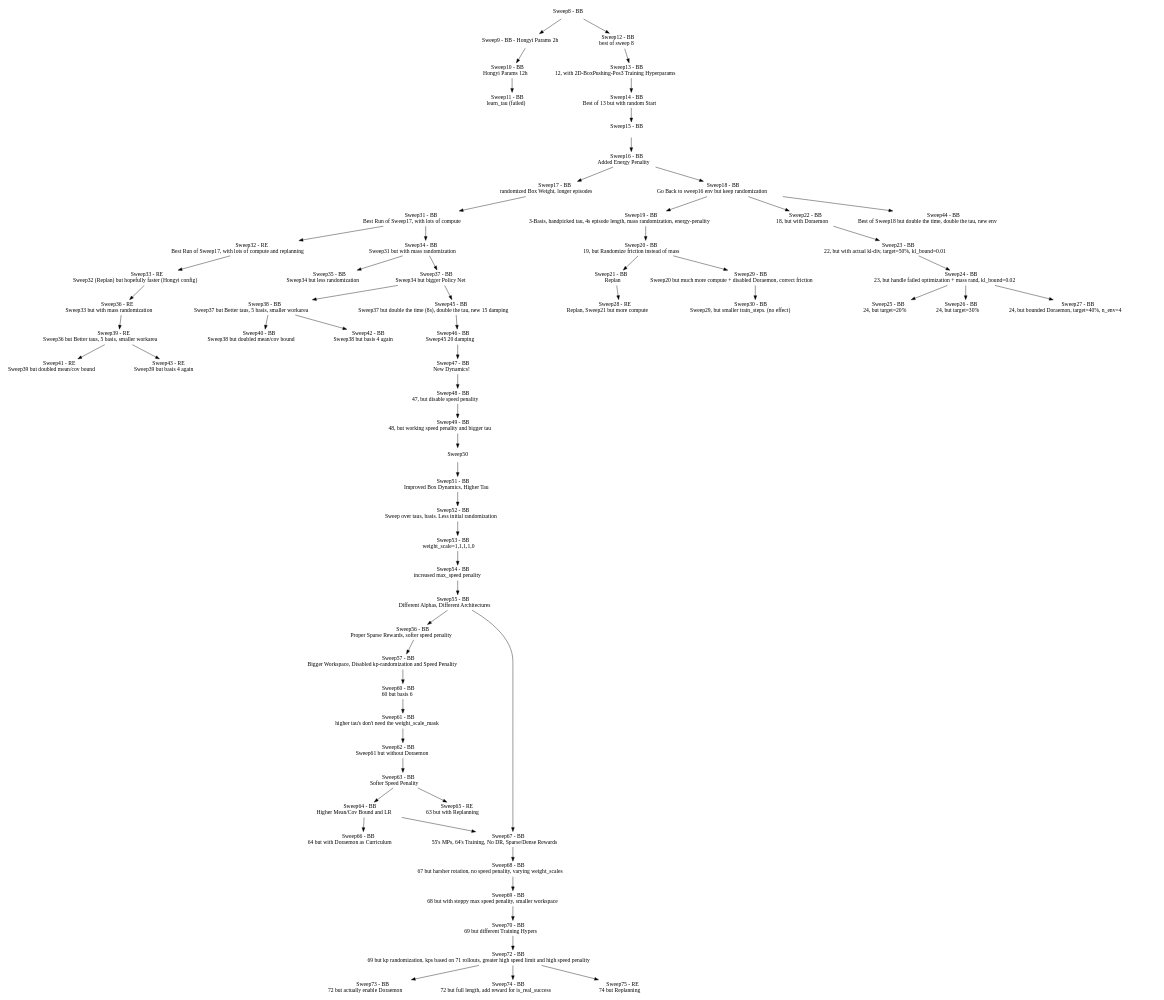
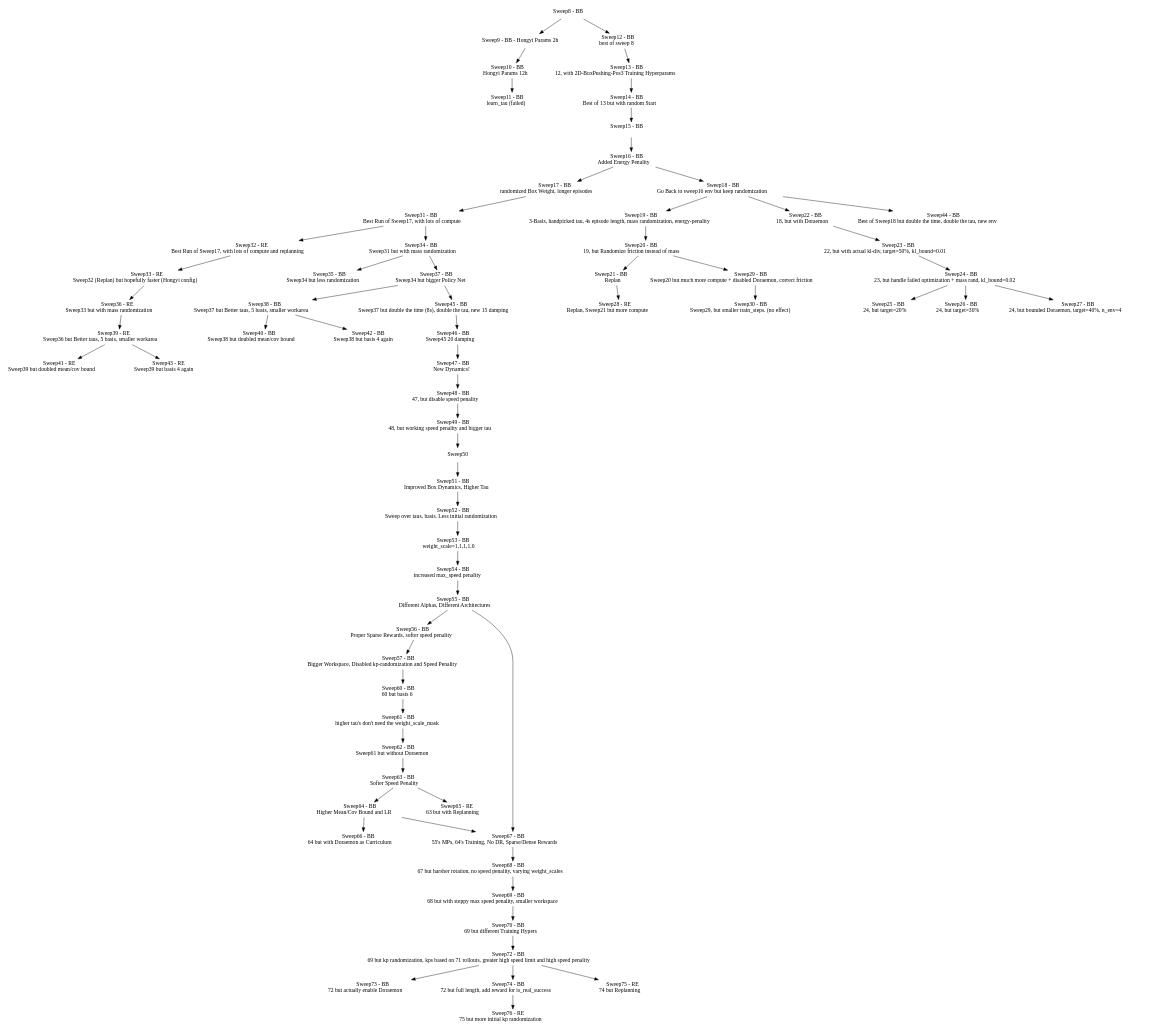
One commit to maxmunzel/fancy_gym changed the diagram in sweeps.dot. Above: the diagram before and after it, drawn with Graphviz. The commit also changed 1 other file, not shown here.

Commit message:
Sweep76 - 74 but higher initial kp randomization

```diff
--- a/sweeps.dot
+++ b/sweeps.dot
@@ -1,135 +1,137 @@
 digraph Sweeps {
     // Nodes
     node [shape=plaintext]
     "Sweep8"  [label=<Sweep8 - BB>];
     "Sweep9"  [label=<Sweep9 - BB - Hongyi Params 2h>];
     "Sweep10" [label=<Sweep10 - BB <BR/> Hongyi Params 12h>];
     "Sweep11" [label=<Sweep11 - BB <BR/> learn_tau (failed)>];
     "Sweep12" [label=<Sweep12 - BB <BR/> best of sweep 8>];
     "Sweep13" [label=<Sweep13 - BB <BR/> 12, with 2D-BoxPushing-Pos3 Training Hyperparams>];
     "Sweep14" [label=<Sweep14 - BB <BR/> Best of 13 but with random Start>];
     "Sweep15" [label=<Sweep15 - BB <BR/> >];
     "Sweep16" [label=<Sweep16 - BB <BR/> Added Energy Penality>];
     "Sweep17" [label=<Sweep17 - BB <BR/> randomized Box Weight, longer episodes>];
     "Sweep18" [label=<Sweep18 - BB <BR/> Go Back to sweep16 env but keep randomization>];
     "Sweep19" [label=<Sweep19 - BB <BR/> 3-Basis, handpicked tau, 4s episode length, mass randomization, energy-penality>];
     "Sweep20" [label=<Sweep20 - BB <BR/> 19, but Randomize friction instead of mass>];
     "Sweep21" [label=<Sweep21 - BB <BR/> Replan>];
     "Sweep22" [label=<Sweep22 - BB <BR/> 18, but with Doraemon>];
     "Sweep23" [label=<Sweep23 - BB <BR/> 22, but with actual kl-div, target=50%, kl_bound=0.01>];
     "Sweep24" [label=<Sweep24 - BB <BR/> 23, but handle failed optimization + mass rand, kl_bound=0.02>];
     "Sweep25" [label=<Sweep25 - BB <BR/> 24, but target=20%>];
     "Sweep26" [label=<Sweep26 - BB <BR/> 24, but target=30%>];
     "Sweep27" [label=<Sweep27 - BB <BR/> 24, but bounded Doraemon, target=40%, n_env=4>];
     "Sweep28" [label=<Sweep28 - RE <BR/> Replan, Sweep21 but more compute>];
     "Sweep29" [label=<Sweep29 - BB <BR/> Sweep20 but much more compute + disabled Doraemon, correct friction>];
     "Sweep30" [label=<Sweep30 - BB <BR/> Sweep29, but smaller train_steps. (no effect)>];
     "Sweep31" [label=<Sweep31 - BB <BR/> Best Run of Sweep17, with lots of compute>];
     "Sweep32" [label=<Sweep32 - RE <BR/> Best Run of Sweep17, with lots of compute and replanning>];
     "Sweep33" [label=<Sweep33 - RE <BR/> Sweep32 (Replan) but hopefully faster (Hongyi config)>];
     "Sweep34" [label=<Sweep34 - BB <BR/> Sweep31 but with mass randomization>];
     "Sweep35" [label=<Sweep35 - BB <BR/> Sweep34 but less randomization>];
     "Sweep36" [label=<Sweep36 - RE <BR/> Sweep33 but with mass randomization>];
     "Sweep37" [label=<Sweep37 - BB <BR/> Sweep34 but bigger Policy Net>];
     "Sweep38" [label=<Sweep38 - BB <BR/> Sweep37 but Better taus, 5 basis, smaller workarea>];
     "Sweep39" [label=<Sweep39 - RE <BR/> Sweep36 but Better taus, 5 basis, smaller workarea>];
     "Sweep40" [label=<Sweep40 - BB <BR/> Sweep38 but doubled mean/cov bound>];
     "Sweep41" [label=<Sweep41 - RE <BR/> Sweep39 but doubled mean/cov bound>];
     "Sweep42" [label=<Sweep42 - BB <BR/> Sweep38 but basis 4 again>];
     "Sweep43" [label=<Sweep43 - RE <BR/> Sweep39 but basis 4 again>];
     "Sweep44" [label=<Sweep44 - BB <BR/> Best of Sweep18 but double the time, double the tau, new env>];
     "Sweep45" [label=<Sweep45 - BB <BR/> Sweep37 but double the time (8s), double the tau, new 15 damping>];
     "Sweep46" [label=<Sweep46 - BB <BR/> Sweep45 20 damping>];
     "Sweep47" [label=<Sweep47 - BB <BR/> New Dynamics! >];
     "Sweep48" [label=<Sweep48 - BB <BR/> 47, but disable speed penality  >];
     "Sweep49" [label=<Sweep49 - BB <BR/> 48, but working speed penality and bigger tau  >];
     "Sweep51" [label=<Sweep51 - BB <BR/> Improved Box Dynamics, Higher Tau>];
     "Sweep52" [label=<Sweep52 - BB <BR/> Sweep over taus, basis. Less initial randomization>];
     "Sweep53" [label=<Sweep53 - BB <BR/> weight_scale=1,1,1,1,0 >];
     "Sweep54" [label=<Sweep54 - BB <BR/> increased max_speed penality>];
     "Sweep55" [label=<Sweep55 - BB <BR/> Different Alphas, Different Architectures>];
     "Sweep56" [label=<Sweep56 - BB <BR/> Proper Sparse Rewards, softer speed penality>];
     "Sweep57" [label=<Sweep57 - BB <BR/> Bigger Workspace, Disabled kp-randomization and Speed Penality>];
     "Sweep60" [label=<Sweep60 - BB <BR/> 60 but basis 6>];
     "Sweep61" [label=<Sweep61 - BB <BR/> higher tau's don't need the weight_scale_mask>];
     "Sweep62" [label=<Sweep62 - BB <BR/> Sweep61 but without Doraemon>];
     "Sweep63" [label=<Sweep63 - BB <BR/> Softer Speed Penality >];
     "Sweep64" [label=<Sweep64 - BB <BR/> Higher Mean/Cov Bound and LR >];
     "Sweep65" [label=<Sweep65 - RE <BR/> 63 but with Replanning >];
     "Sweep66" [label=<Sweep66 - BB <BR/> 64 but with Doraemon as Curriculum >];
     "Sweep67" [label=<Sweep67 - BB <BR/> 55's MPs, 64's Training, No DR, Sparse/Dense Rewards >];
     "Sweep68" [label=<Sweep68 - BB <BR/> 67 but harsher rotation, no speed penality, varying weight_scales >];
     "Sweep69" [label=<Sweep69 - BB <BR/> 68 but with steppy max speed penality, smaller workspace >];
     "Sweep70" [label=<Sweep70 - BB <BR/> 69 but different Training Hypers >];
     "Sweep72" [label=<Sweep72 - BB <BR/> 69 but kp randomization, kps based on 71 rollouts, greater high speed limit and high speed penality >];
     "Sweep73" [label=<Sweep73 - BB <BR/> 72 but actually enable Doraemon >];
     "Sweep74" [label=<Sweep74 - BB <BR/> 72 but full length, add reward for is_real_success >];
     "Sweep75" [label=<Sweep75 - RE <BR/> 74 but Replanning >];
+    "Sweep76" [label=<Sweep76 - RE <BR/> 75 but more initial kp randomization>];
 
     // Edges
     "Sweep8" -> "Sweep9"
     "Sweep9" -> "Sweep10"
     "Sweep10" -> "Sweep11"
     "Sweep8" -> "Sweep12"
     "Sweep12" -> "Sweep13"
     "Sweep13" -> "Sweep14"
     "Sweep16" -> "Sweep18"
     "Sweep18" -> "Sweep19"
     "Sweep19" -> "Sweep20"
     "Sweep21" -> "Sweep28"
     "Sweep20" -> "Sweep29"
     "Sweep29" -> "Sweep30"
     "Sweep17" -> "Sweep31"
     "Sweep31" -> "Sweep32"
     "Sweep32" -> "Sweep33"
     "Sweep31" -> "Sweep34"
     "Sweep34" -> "Sweep35"
     "Sweep33" -> "Sweep36"
     "Sweep34" -> "Sweep37"
     "Sweep37" -> "Sweep38"
     "Sweep36" -> "Sweep39"
     "Sweep38" -> "Sweep40"
     "Sweep39" -> "Sweep41"
     "Sweep38" -> "Sweep42"
     "Sweep39" -> "Sweep43"
     "Sweep18" -> "Sweep22"
     "Sweep22" -> "Sweep23"
     "Sweep23" -> "Sweep24"
     "Sweep24" -> "Sweep25"
     "Sweep24" -> "Sweep26"
     "Sweep24" -> "Sweep27"
     "Sweep18" -> "Sweep44"
     "Sweep14" -> "Sweep15"
     "Sweep15" -> "Sweep16"
     "Sweep16" -> "Sweep17"
     "Sweep20" -> "Sweep21"
     "Sweep37" -> "Sweep45"
     "Sweep45" -> "Sweep46"
     "Sweep46" -> "Sweep47"
     "Sweep47" -> "Sweep48"
     "Sweep48" -> "Sweep49"
     "Sweep49" -> "Sweep50"
     "Sweep50" -> "Sweep51"
     "Sweep51" -> "Sweep52"
     "Sweep52" -> "Sweep53"
     "Sweep53" -> "Sweep54"
     "Sweep54" -> "Sweep55"
     "Sweep55" -> "Sweep56"
     "Sweep56" -> "Sweep57"
     "Sweep57" -> "Sweep60"
     "Sweep60" -> "Sweep61"
     "Sweep61" -> "Sweep62"
     "Sweep62" -> "Sweep63"
     "Sweep63" -> "Sweep64"
     "Sweep63" -> "Sweep65"
     "Sweep64" -> "Sweep66"
     "Sweep55" -> "Sweep67"
     "Sweep64" -> "Sweep67"
     "Sweep67" -> "Sweep68"
     "Sweep68" -> "Sweep69"
     "Sweep69" -> "Sweep70"
     "Sweep70" -> "Sweep72"
     "Sweep72" -> "Sweep73"
     "Sweep72" -> "Sweep74"
     "Sweep72" -> "Sweep75"
+    "Sweep74" -> "Sweep76"
 }
```
